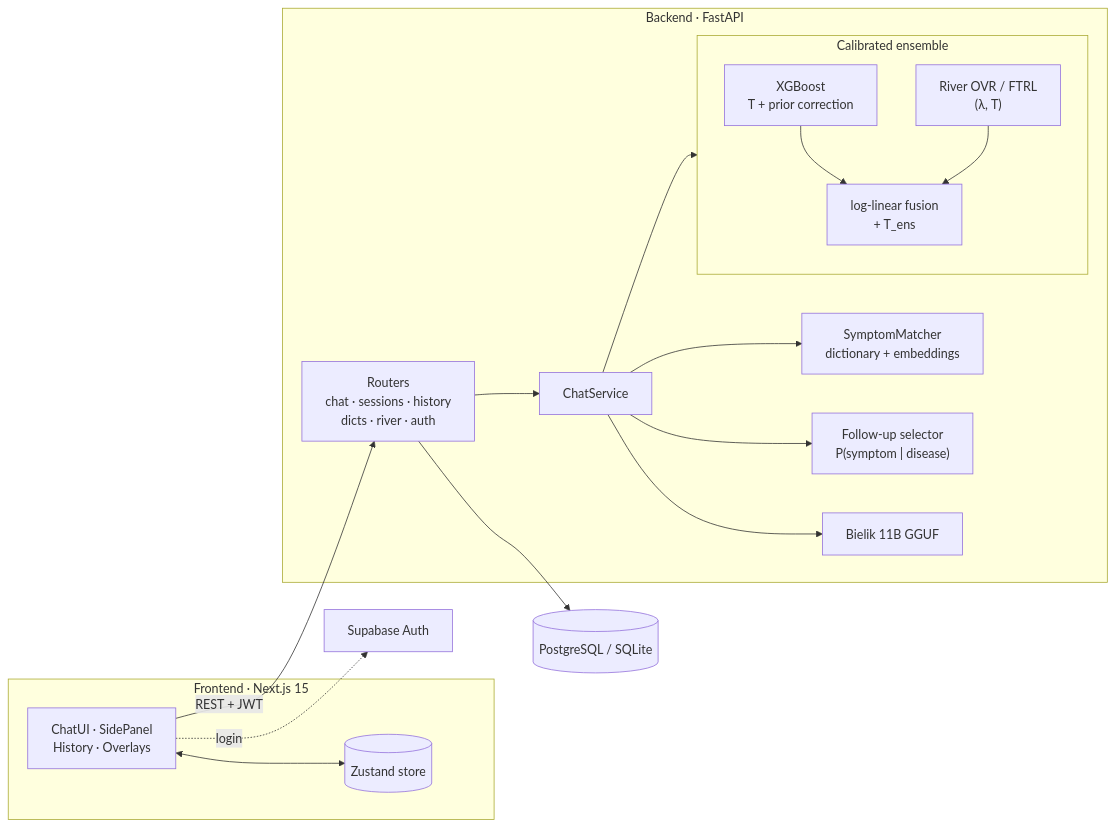
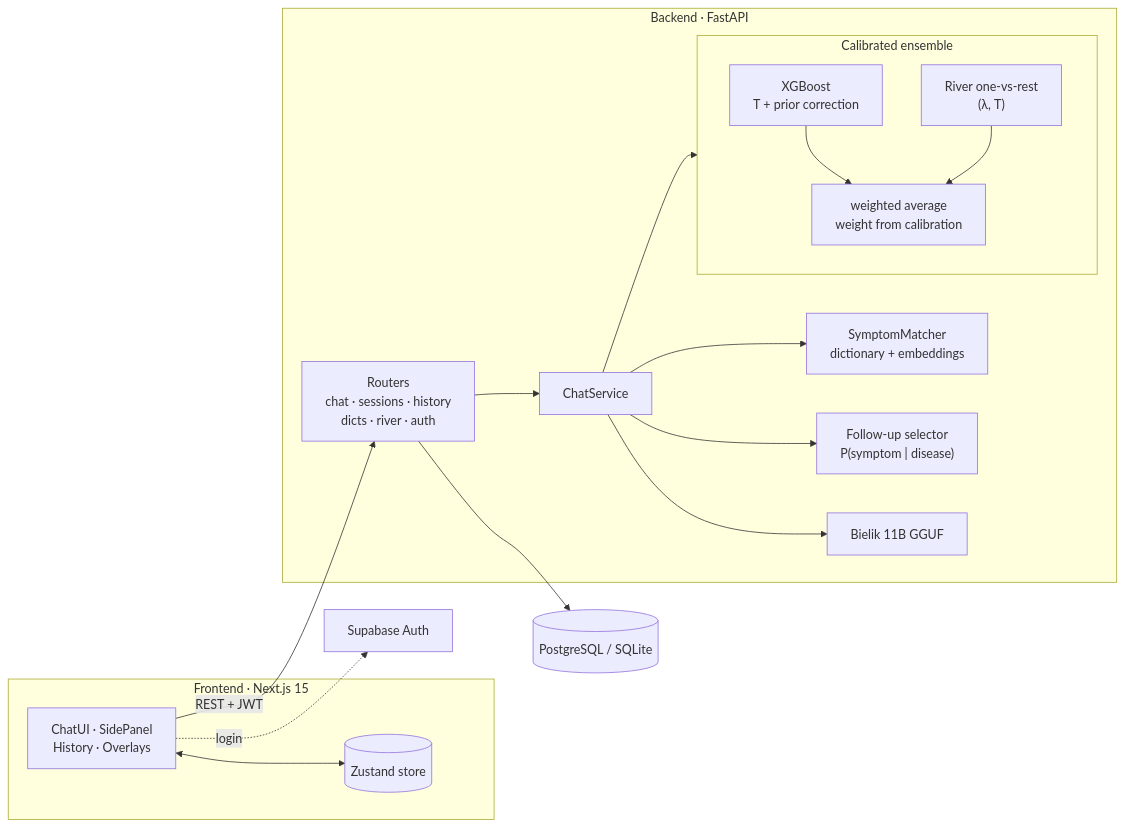
One commit to Nurek54/SymptomChecker changed the second of 3 diagrams in README.md. Above: the diagram before and after it, drawn with Mermaid. The commit also changed other lines of this file and 36 other files, not shown here.

````diff
--- a/README.md
+++ b/README.md
@@ -179,33 +179,33 @@
 ```mermaid
 flowchart LR
     subgraph FE["Frontend · Next.js 15"]
         UI["ChatUI · SidePanel<br/>History · Overlays"]
         ST[("Zustand store")]
     end
     subgraph BE["Backend · FastAPI"]
         R["Routers<br/>chat · sessions · history<br/>dicts · river · auth"]
         CS["ChatService"]
         MA["SymptomMatcher<br/>dictionary + embeddings"]
         FS["Follow-up selector<br/>P(symptom | disease)"]
         subgraph ENS["Calibrated ensemble"]
             X["XGBoost<br/>T + prior correction"]
-            RV["River OVR / FTRL<br/>(λ, T)"]
-            F["log-linear fusion<br/>+ T_ens"]
+            RV["River one-vs-rest<br/>(λ, T)"]
+            F["weighted average<br/>weight from calibration"]
         end
         LLM["Bielik 11B GGUF"]
     end
     DB[("PostgreSQL / SQLite")]
     SB["Supabase Auth"]
 
     UI <--> ST
     UI -- "REST + JWT" --> R
     UI -. login .-> SB
     R --> CS
     CS --> MA
     CS --> FS
     CS --> ENS
     X --> F
     RV --> F
     CS --> LLM
     R --> DB
 ```
````
